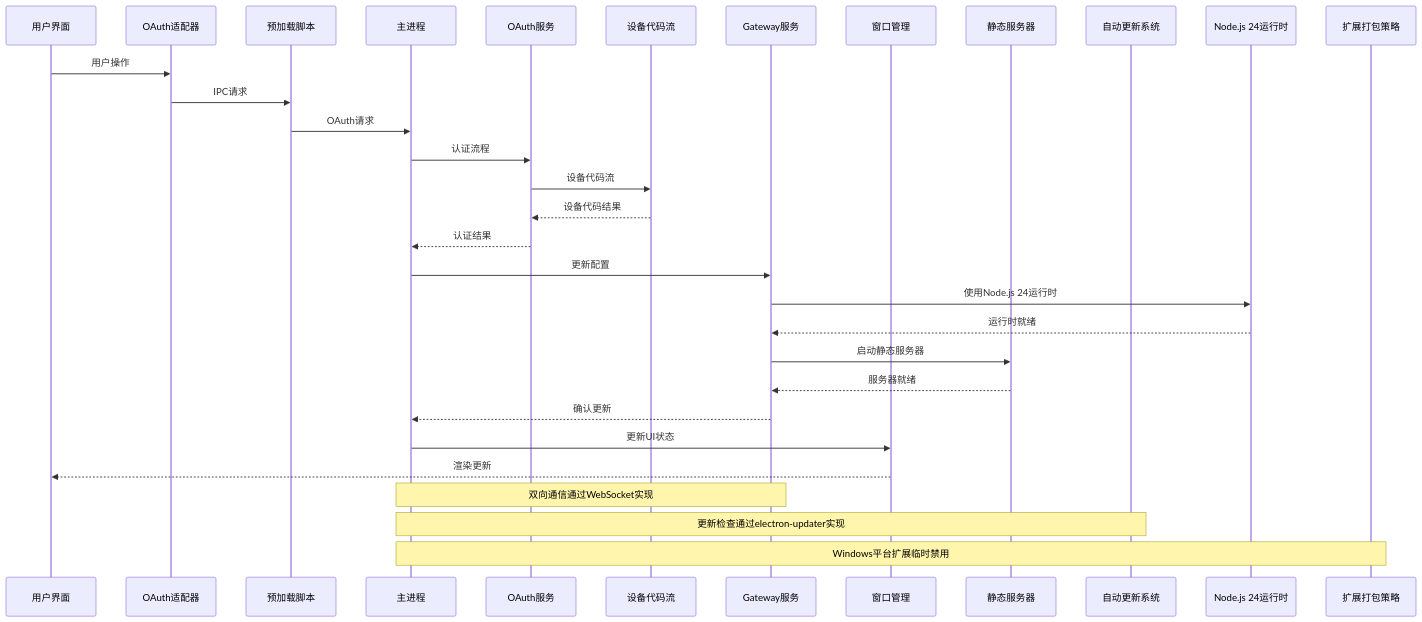
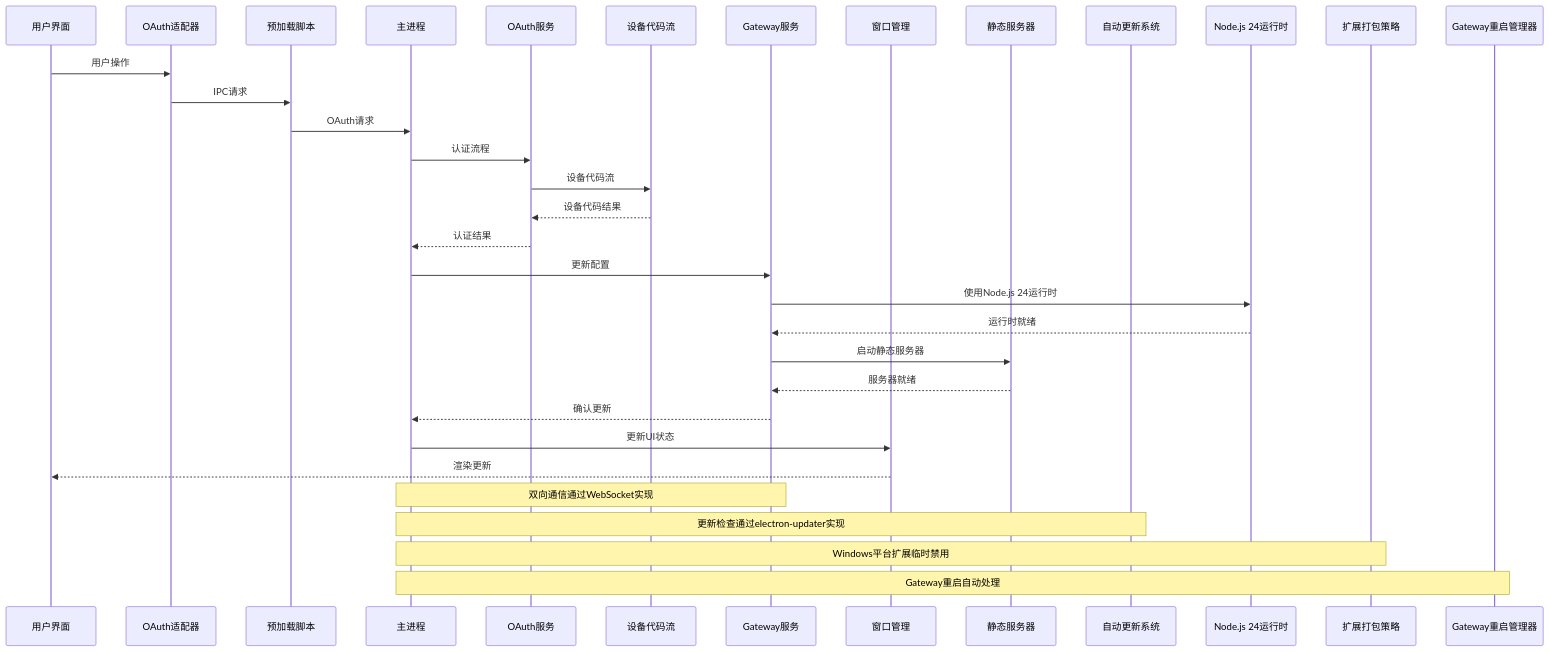
The third of 49 diagrams in .qoder/repowiki/zh/content/核心概念/Electron应用增强.md (verse-ai-org/openclaw), drawn with Mermaid before and after one commit. The commit also changed other lines of this file and 40 other files, not shown here.

````diff
--- a/.qoder/repowiki/zh/content/核心概念/Electron应用增强.md
+++ b/.qoder/repowiki/zh/content/核心概念/Electron应用增强.md
@@ -372,33 +426,35 @@
 ```mermaid
 sequenceDiagram
 participant UI as 用户界面
 participant Adapter as OAuth适配器
 participant Preload as 预加载脚本
 participant Main as 主进程
 participant OAuth as OAuth服务
 participant DeviceFlow as 设备代码流
 participant Gateway as Gateway服务
 participant Window as 窗口管理
 participant StaticServer as 静态服务器
 participant Updater as 自动更新系统
 participant NodeRuntime as Node.js 24运行时
 participant ExtensionPacker as 扩展打包策略
+participant RestartManager as Gateway重启管理器
 UI->>Adapter : 用户操作
 Adapter->>Preload : IPC请求
 Preload->>Main : OAuth请求
 Main->>OAuth : 认证流程
 OAuth->>DeviceFlow : 设备代码流
 DeviceFlow-->>OAuth : 设备代码结果
 OAuth-->>Main : 认证结果
 Main->>Gateway : 更新配置
 Gateway->>NodeRuntime : 使用Node.js 24运行时
 NodeRuntime-->>Gateway : 运行时就绪
 Gateway->>StaticServer : 启动静态服务器
 StaticServer-->>Gateway : 服务器就绪
 Gateway-->>Main : 确认更新
 Main->>Window : 更新UI状态
 Window-->>UI : 渲染更新
 Note over Main,Gateway : 双向通信通过WebSocket实现
 Note over Main,Updater : 更新检查通过electron-updater实现
 Note over Main,ExtensionPacker : Windows平台扩展临时禁用
+Note over Main,RestartManager : Gateway重启自动处理
 ```
````
